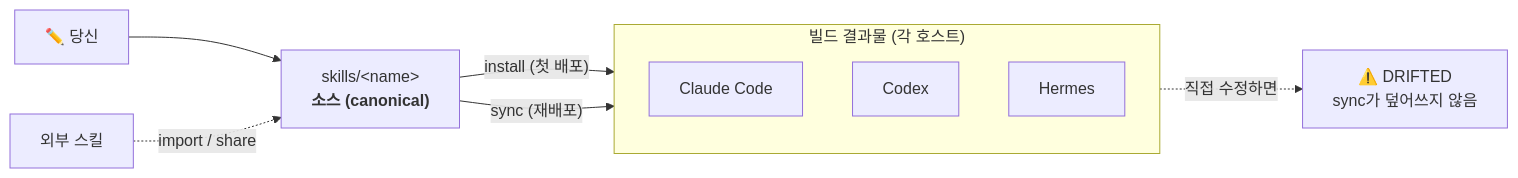
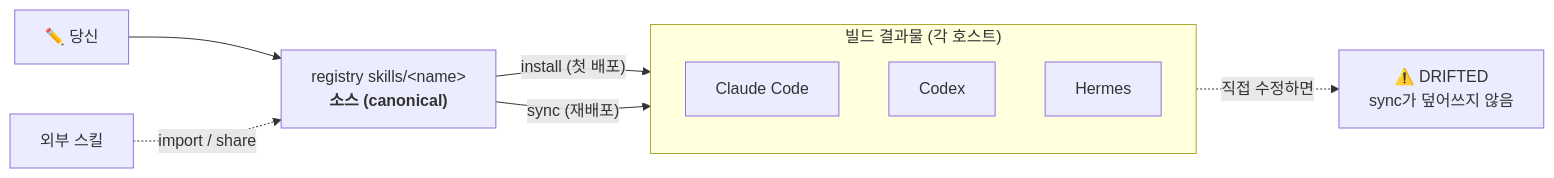
The diagram in README.ko.md (Seosiju/my-skills), drawn with Mermaid before and after one commit. The commit also changed other lines of this file and 17 other files, not shown here.

````diff
--- a/README.ko.md
+++ b/README.ko.md
@@ -40,15 +47,15 @@
 ```mermaid
 flowchart LR
-    edit["✏️ 당신"] --> src["skills/&lt;name&gt;<br/><b>소스 (canonical)</b>"]
+    edit["✏️ 당신"] --> src["registry skills/&lt;name&gt;<br/><b>소스 (canonical)</b>"]
     ext["외부 스킬"] -.->|import / share| src
     src -->|"install (첫 배포)"| out
     src -->|"sync (재배포)"| out
 
     subgraph out["빌드 결과물 (각 호스트)"]
         c["Claude Code"]
         x["Codex"]
         h["Hermes"]
     end
 
     out -. "직접 수정하면" .-> drift["⚠️ DRIFTED<br/>sync가 덮어쓰지 않음"]
 ```
````
